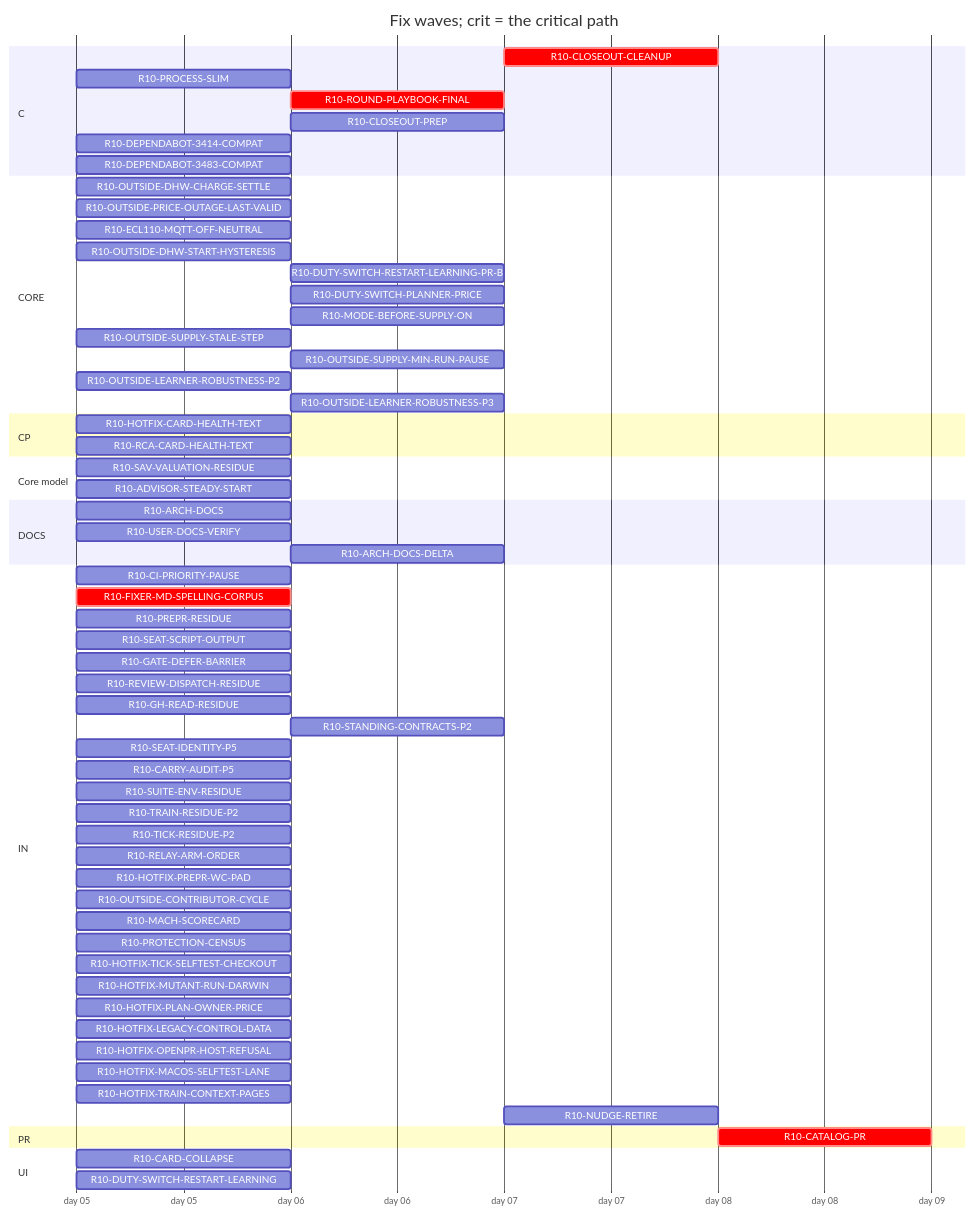
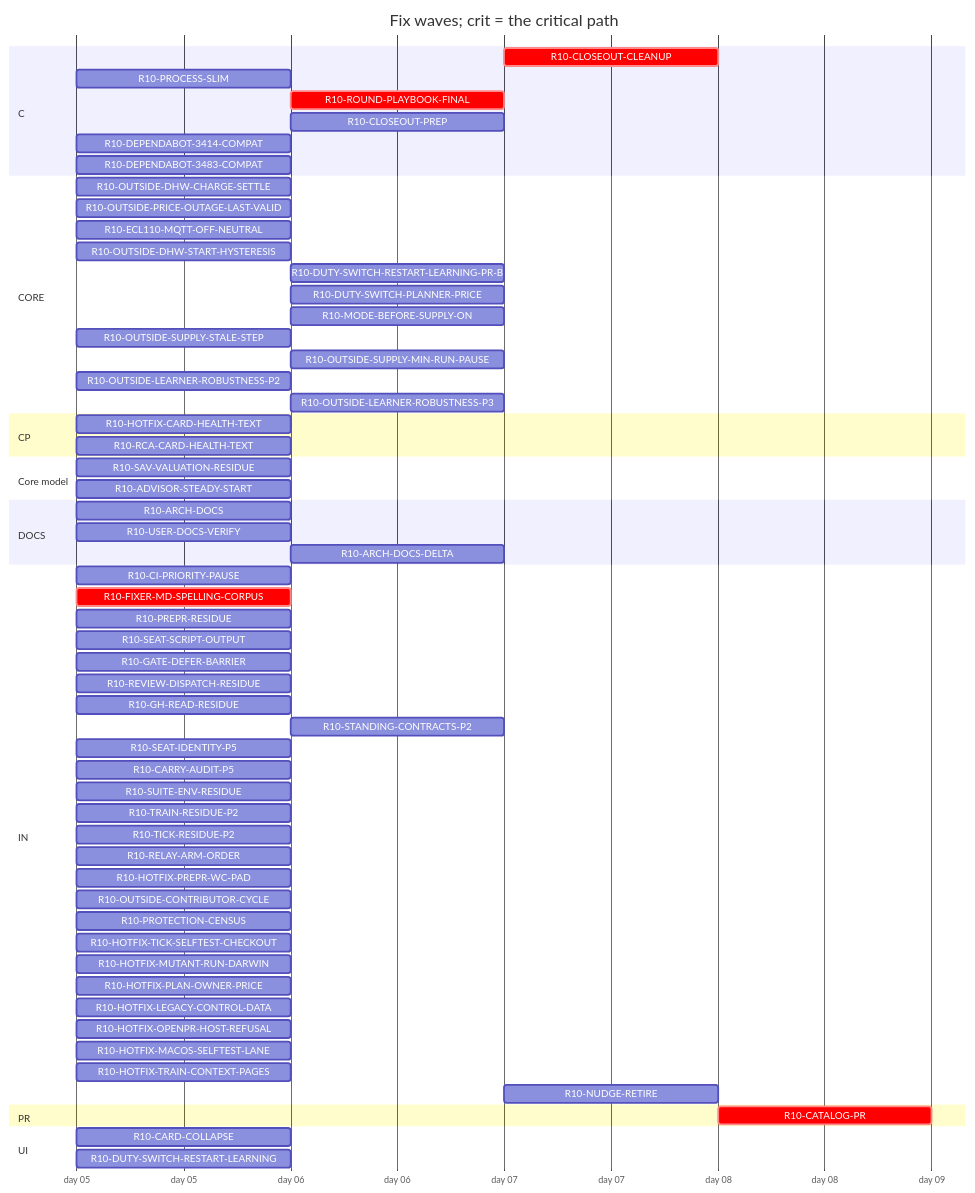
One commit to tvofi/heatpump_optimizer changed the diagram in handoff/round10/state/PLAN-TABLE.md. Above: the diagram before and after it, drawn with Mermaid. The commit also changed other lines of this file and 3 other files, not shown here.

Commit message:
state: FLOW-BOARD.md, NEXT-SESSION-PROMPT.md, PLAN-TABLE.md, RESUME-CURRENT.md regenerated (state_docs.py)

````diff
--- a/handoff/round10/state/PLAN-TABLE.md
+++ b/handoff/round10/state/PLAN-TABLE.md
@@ -21,67 +21,66 @@
 ```mermaid
 gantt
   title Fix waves; crit = the critical path
   dateFormat YYYY-MM-DD
   axisFormat day %d
   section C
     R10-CLOSEOUT-CLEANUP :crit, r10CLOSEOUTCLEANUP, after r10ARCHDOCS r10USERDOCSVERIFY r10ROUNDPLAYBOOKFINAL r10CLOSEOUTPREP r10ARCHDOCSDELTA, 1d
     R10-PROCESS-SLIM :r10PROCESSSLIM, 2026-01-05, 1d
     R10-ROUND-PLAYBOOK-FINAL :crit, r10ROUNDPLAYBOOKFINAL, after r10FIXERMDSPELLINGCORPUS, 1d
     R10-CLOSEOUT-PREP :r10CLOSEOUTPREP, after r10ARCHDOCS r10FIXERMDSPELLINGCORPUS, 1d
     R10-DEPENDABOT-3414-COMPAT :r10DEPENDABOT3414COMPAT, 2026-01-05, 1d
     R10-DEPENDABOT-3483-COMPAT :r10DEPENDABOT3483COMPAT, 2026-01-05, 1d
   section CORE
     R10-OUTSIDE-DHW-CHARGE-SETTLE :r10OUTSIDEDHWCHARGESETTLE, 2026-01-05, 1d
     R10-OUTSIDE-PRICE-OUTAGE-LAST-VALID :r10OUTSIDEPRICEOUTAGELASTVALID, 2026-01-05, 1d
     R10-ECL110-MQTT-OFF-NEUTRAL :r10ECL110MQTTOFFNEUTRAL, 2026-01-05, 1d
     R10-OUTSIDE-DHW-START-HYSTERESIS :r10OUTSIDEDHWSTARTHYSTERESIS, 2026-01-05, 1d
     R10-DUTY-SWITCH-RESTART-LEARNING-PR-B :r10DUTYSWITCHRESTARTLEARNINGPRB, after r10DUTYSWITCHRESTARTLEARNING, 1d
     R10-DUTY-SWITCH-PLANNER-PRICE :r10DUTYSWITCHPLANNERPRICE, after r10DUTYSWITCHRESTARTLEARNING, 1d
     R10-MODE-BEFORE-SUPPLY-ON :r10MODEBEFORESUPPLYON, after r10DUTYSWITCHRESTARTLEARNING, 1d
     R10-OUTSIDE-SUPPLY-STALE-STEP :r10OUTSIDESUPPLYSTALESTEP, 2026-01-05, 1d
     R10-OUTSIDE-SUPPLY-MIN-RUN-PAUSE :r10OUTSIDESUPPLYMINRUNPAUSE, after r10OUTSIDESUPPLYSTALESTEP, 1d
     R10-OUTSIDE-LEARNER-ROBUSTNESS-P2 :r10OUTSIDELEARNERROBUSTNESSP2, 2026-01-05, 1d
     R10-OUTSIDE-LEARNER-ROBUSTNESS-P3 :r10OUTSIDELEARNERROBUSTNESSP3, after r10OUTSIDELEARNERROBUSTNESSP2, 1d
   section CP
     R10-HOTFIX-CARD-HEALTH-TEXT :r10HOTFIXCARDHEALTHTEXT, 2026-01-05, 1d
     R10-RCA-CARD-HEALTH-TEXT :r10RCACARDHEALTHTEXT, 2026-01-05, 1d
   section Core model
     R10-SAV-VALUATION-RESIDUE :r10SAVVALUATIONRESIDUE, 2026-01-05, 1d
     R10-ADVISOR-STEADY-START :r10ADVISORSTEADYSTART, 2026-01-05, 1d
   section DOCS
     R10-ARCH-DOCS :r10ARCHDOCS, 2026-01-05, 1d
     R10-USER-DOCS-VERIFY :r10USERDOCSVERIFY, 2026-01-05, 1d
     R10-ARCH-DOCS-DELTA :r10ARCHDOCSDELTA, after r10ARCHDOCS r10SAVVALUATIONRESIDUE r10ADVISORSTEADYSTART r10PROCESSSLIM, 1d
   section IN
     R10-CI-PRIORITY-PAUSE :r10CIPRIORITYPAUSE, 2026-01-05, 1d
     R10-FIXER-MD-SPELLING-CORPUS :crit, r10FIXERMDSPELLINGCORPUS, 2026-01-05, 1d
     R10-PREPR-RESIDUE :r10PREPRRESIDUE, 2026-01-05, 1d
     R10-SEAT-SCRIPT-OUTPUT :r10SEATSCRIPTOUTPUT, 2026-01-05, 1d
     R10-GATE-DEFER-BARRIER :r10GATEDEFERBARRIER, 2026-01-05, 1d
     R10-REVIEW-DISPATCH-RESIDUE :r10REVIEWDISPATCHRESIDUE, 2026-01-05, 1d
     R10-GH-READ-RESIDUE :r10GHREADRESIDUE, 2026-01-05, 1d
     R10-STANDING-CONTRACTS-P2 :r10STANDINGCONTRACTSP2, after r10FIXERMDSPELLINGCORPUS, 1d
     R10-SEAT-IDENTITY-P5 :r10SEATIDENTITYP5, 2026-01-05, 1d
     R10-CARRY-AUDIT-P5 :r10CARRYAUDITP5, 2026-01-05, 1d
     R10-SUITE-ENV-RESIDUE :r10SUITEENVRESIDUE, 2026-01-05, 1d
     R10-TRAIN-RESIDUE-P2 :r10TRAINRESIDUEP2, 2026-01-05, 1d
     R10-TICK-RESIDUE-P2 :r10TICKRESIDUEP2, 2026-01-05, 1d
     R10-RELAY-ARM-ORDER :r10RELAYARMORDER, 2026-01-05, 1d
     R10-HOTFIX-PREPR-WC-PAD :r10HOTFIXPREPRWCPAD, 2026-01-05, 1d
     R10-OUTSIDE-CONTRIBUTOR-CYCLE :r10OUTSIDECONTRIBUTORCYCLE, 2026-01-05, 1d
-    R10-MACH-SCORECARD :r10MACHSCORECARD, 2026-01-05, 1d
     R10-PROTECTION-CENSUS :r10PROTECTIONCENSUS, 2026-01-05, 1d
     R10-HOTFIX-TICK-SELFTEST-CHECKOUT :r10HOTFIXTICKSELFTESTCHECKOUT, 2026-01-05, 1d
     R10-HOTFIX-MUTANT-RUN-DARWIN :r10HOTFIXMUTANTRUNDARWIN, 2026-01-05, 1d
     R10-HOTFIX-PLAN-OWNER-PRICE :r10HOTFIXPLANOWNERPRICE, 2026-01-05, 1d
     R10-HOTFIX-LEGACY-CONTROL-DATA :r10HOTFIXLEGACYCONTROLDATA, 2026-01-05, 1d
     R10-HOTFIX-OPENPR-HOST-REFUSAL :r10HOTFIXOPENPRHOSTREFUSAL, 2026-01-05, 1d
     R10-HOTFIX-MACOS-SELFTEST-LANE :r10HOTFIXMACOSSELFTESTLANE, 2026-01-05, 1d
     R10-HOTFIX-TRAIN-CONTEXT-PAGES :r10HOTFIXTRAINCONTEXTPAGES, 2026-01-05, 1d
     R10-NUDGE-RETIRE :r10NUDGERETIRE, after r10ROUNDPLAYBOOKFINAL, 1d
   section PR
     R10-CATALOG-PR :crit, r10CATALOGPR, after r10USERDOCSVERIFY r10ARCHDOCS r10ROUNDPLAYBOOKFINAL r10CLOSEOUTCLEANUP r10CLOSEOUTPREP r10ARCHDOCSDELTA, 1d
   section UI
     R10-CARD-COLLAPSE :r10CARDCOLLAPSE, 2026-01-05, 1d
     R10-DUTY-SWITCH-RESTART-LEARNING :r10DUTYSWITCHRESTARTLEARNING, 2026-01-05, 1d
 ```
````
